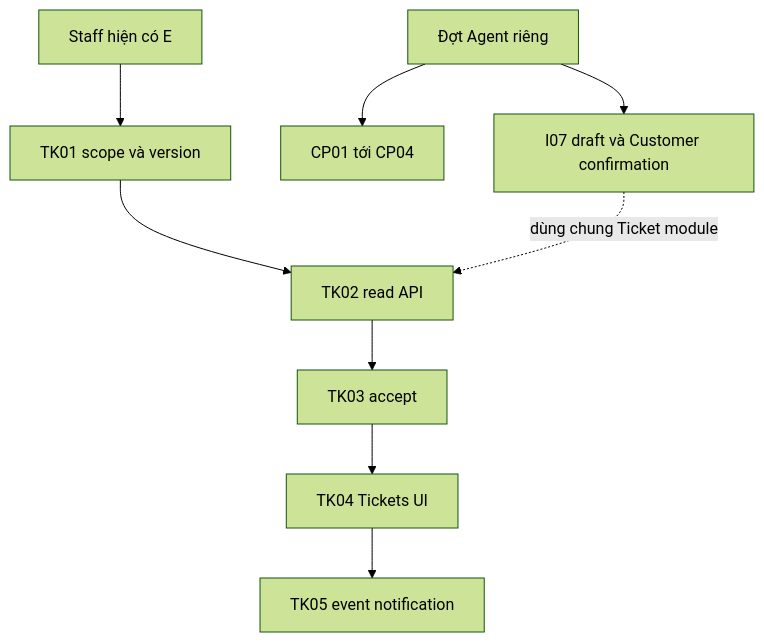
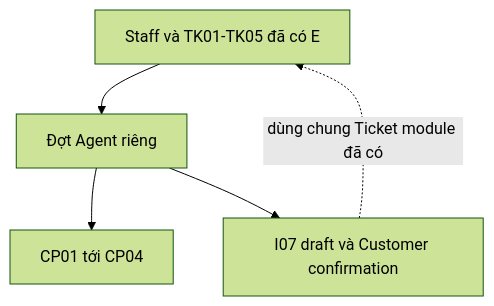
The diagram in docs/ui/staff/plans/README.md (natuan05/LifeInsuranceAIAssistant), drawn with Mermaid (forest theme) before and after one commit. The commit also changed other lines of this file and 57 other files, not shown here.

````diff
--- a/docs/ui/staff/plans/README.md
+++ b/docs/ui/staff/plans/README.md
@@ -28,11 +28,7 @@
 ```mermaid
 flowchart TD
-  E[Staff hiện có E] --> T1[TK01 scope và version]
-  T1 --> T2[TK02 read API]
-  T2 --> T3[TK03 accept]
-  T3 --> T4[TK04 Tickets UI]
-  T4 --> T5[TK05 event notification]
-  A[Đợt Agent riêng] --> CP[CP01 tới CP04]
+  E[Staff và TK01-TK05 đã có E] --> A[Đợt Agent riêng]
+  A --> CP[CP01 tới CP04]
   A --> I[I07 draft và Customer confirmation]
-  I -.dùng chung Ticket module.-> T2
+  I -.dùng chung Ticket module đã có.-> E
 ```
````
